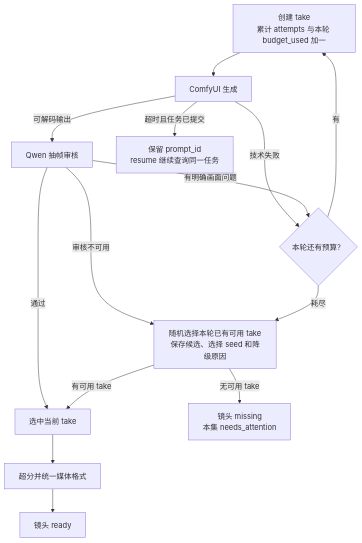
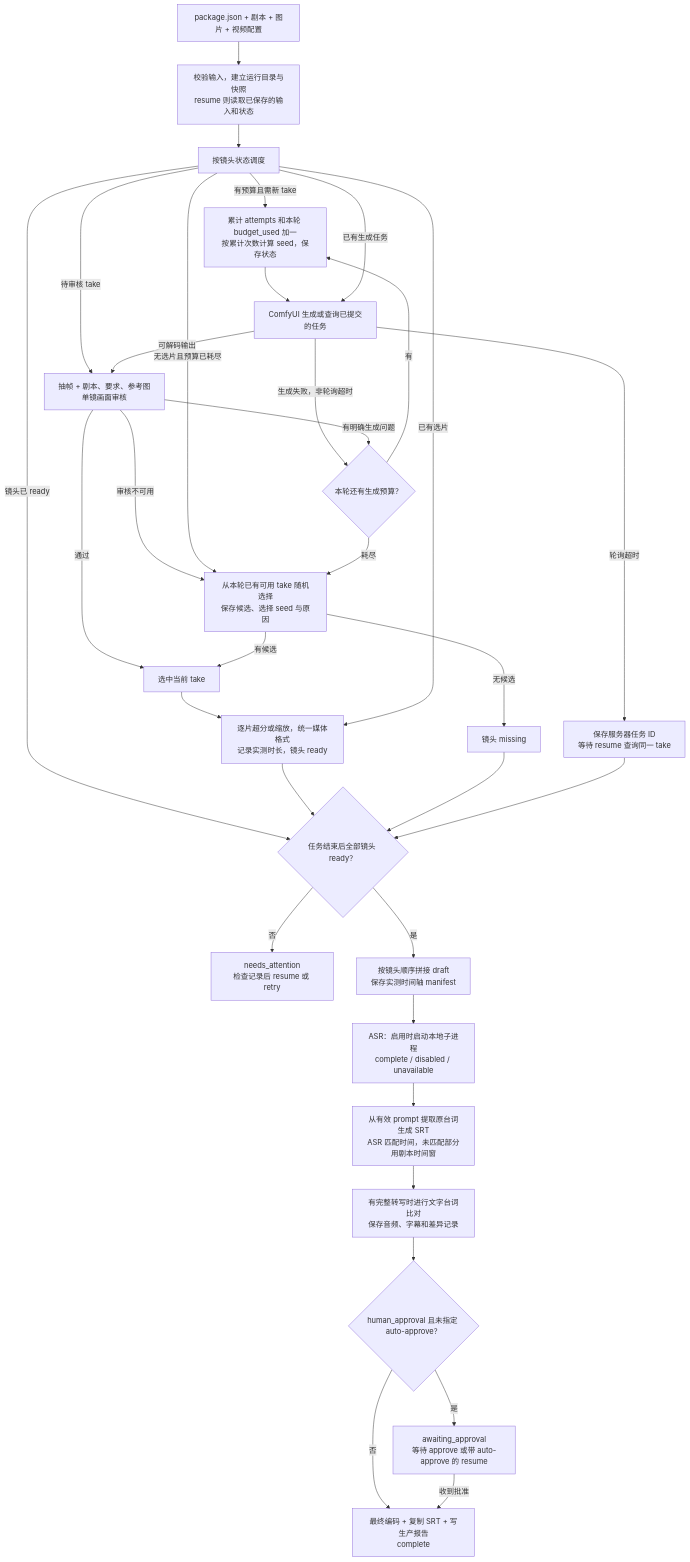
Before and after one commit to mtbnydx-dot/AI-AI-powered-local-fully-automated-video-workflow: the third of 3 diagrams in docs/workflow.md, drawn with Mermaid. The commit also changed other lines of this file and 1 other file, not shown here.

````diff
--- a/docs/workflow.md
+++ b/docs/workflow.md
@@ -39,16 +129,35 @@
 ```mermaid
 flowchart TD
-    A["创建 take<br/>累计 attempts 与本轮 budget_used 加一"] --> B["ComfyUI 生成"]
-    B -->|可解码输出| C["Qwen 抽帧审核"]
-    B -->|技术失败| N{"本轮还有预算？"}
-    B -->|超时且任务已提交| T["保留 prompt_id<br/>resume 继续查询同一任务"]
-    C -->|通过| S["选中当前 take"]
-    C -->|有明确画面问题| N
-    C -->|审核不可用| R["随机选择本轮已有可用 take<br/>保存候选、选择 seed 和降级原因"]
-    N -->|有| A
-    N -->|耗尽| R
-    R -->|有可用 take| S
-    R -->|无可用 take| X["镜头 missing<br/>本集 needs_attention"]
-    S --> U["超分并统一媒体格式"]
-    U --> V["镜头 ready"]
+    V0["package.json + 剧本 + 图片 + 视频配置"] --> V1["校验输入，建立运行目录与快照<br/>resume 则读取已保存的输入和状态"]
+    V1 --> V2["按镜头状态调度"]
+    V2 -->|有预算且需新 take| V3["累计 attempts 和本轮 budget_used 加一<br/>按累计次数计算 seed，保存状态"]
+    V3 --> V20["ComfyUI 生成或查询已提交的任务"]
+    V2 -->|已有生成任务| V20
+    V2 -->|待审核 take| V4["抽帧 + 剧本、要求、参考图<br/>单镜画面审核"]
+    V20 -->|可解码输出| V4
+    V20 -->|生成失败，非轮询超时| V5{"本轮还有生成预算？"}
+    V20 -->|轮询超时| V6["保存服务器任务 ID<br/>等待 resume 查询同一 take"]
+    V4 -->|通过| V7["选中当前 take"]
+    V4 -->|有明确生成问题| V5
+    V4 -->|审核不可用| V8["从本轮已有可用 take 随机选择<br/>保存候选、选择 seed 与原因"]
+    V2 -->|无选片且预算已耗尽| V8
+    V5 -->|有| V3
+    V5 -->|耗尽| V8
+    V8 -->|有候选| V7
+    V8 -->|无候选| V9["镜头 missing"]
+    V7 --> V10["逐片超分或缩放，统一媒体格式<br/>记录实测时长，镜头 ready"]
+    V2 -->|已有选片| V10
+    V2 -->|镜头已 ready| V11{"任务结束后全部镜头 ready？"}
+    V10 --> V11
+    V9 --> V11
+    V6 --> V11
+    V11 -->|否| V12["needs_attention<br/>检查记录后 resume 或 retry"]
+    V11 -->|是| V13["按镜头顺序拼接 draft<br/>保存实测时间轴 manifest"]
+    V13 --> V14["ASR：启用时启动本地子进程<br/>complete / disabled / unavailable"]
+    V14 --> V15["从有效 prompt 提取原台词生成 SRT<br/>ASR 匹配时间，未匹配部分用剧本时间窗"]
+    V15 --> V16["有完整转写时进行文字台词比对<br/>保存音频、字幕和差异记录"]
+    V16 --> V17{"human_approval 且未指定 auto-approve？"}
+    V17 -->|是| V18["awaiting_approval<br/>等待 approve 或带 auto-approve 的 resume"]
+    V17 -->|否| V19["最终编码 + 复制 SRT + 写生产报告<br/>complete"]
+    V18 -->|收到批准| V19
 ```
````
